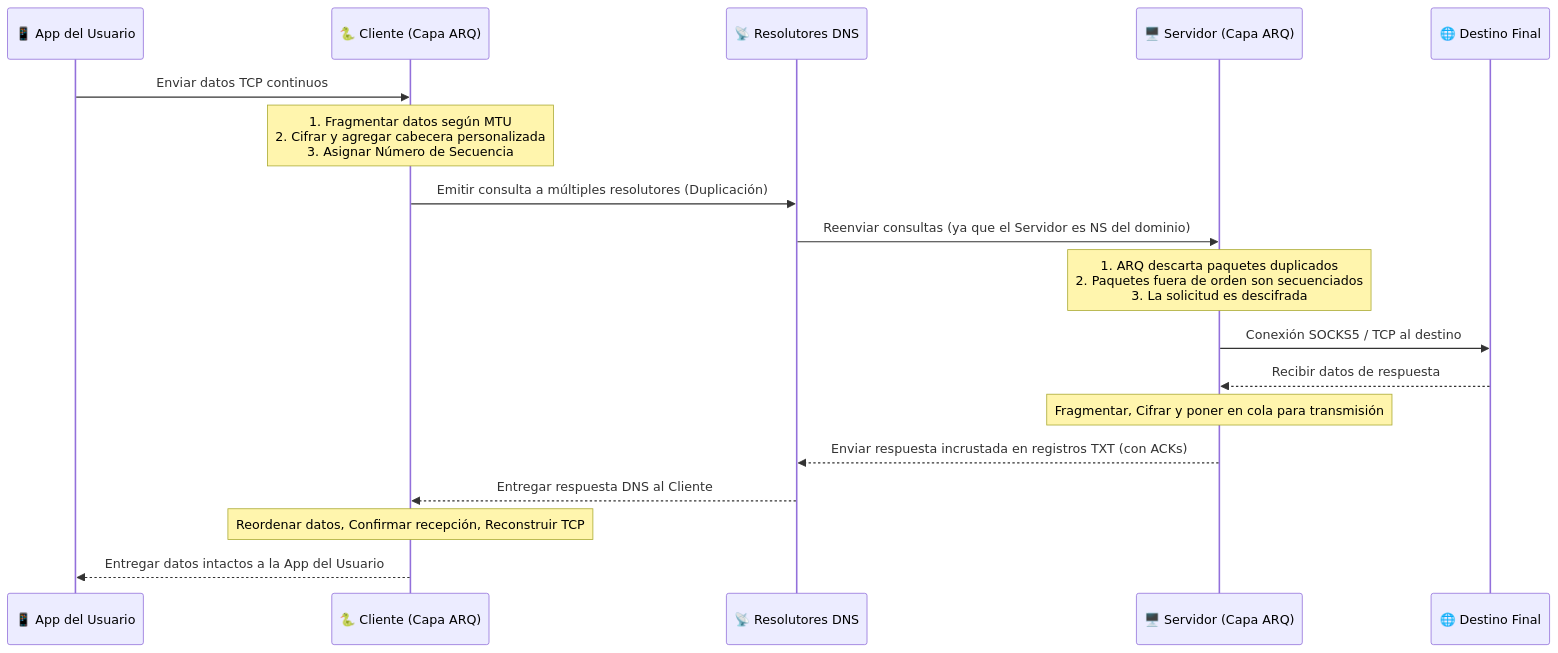
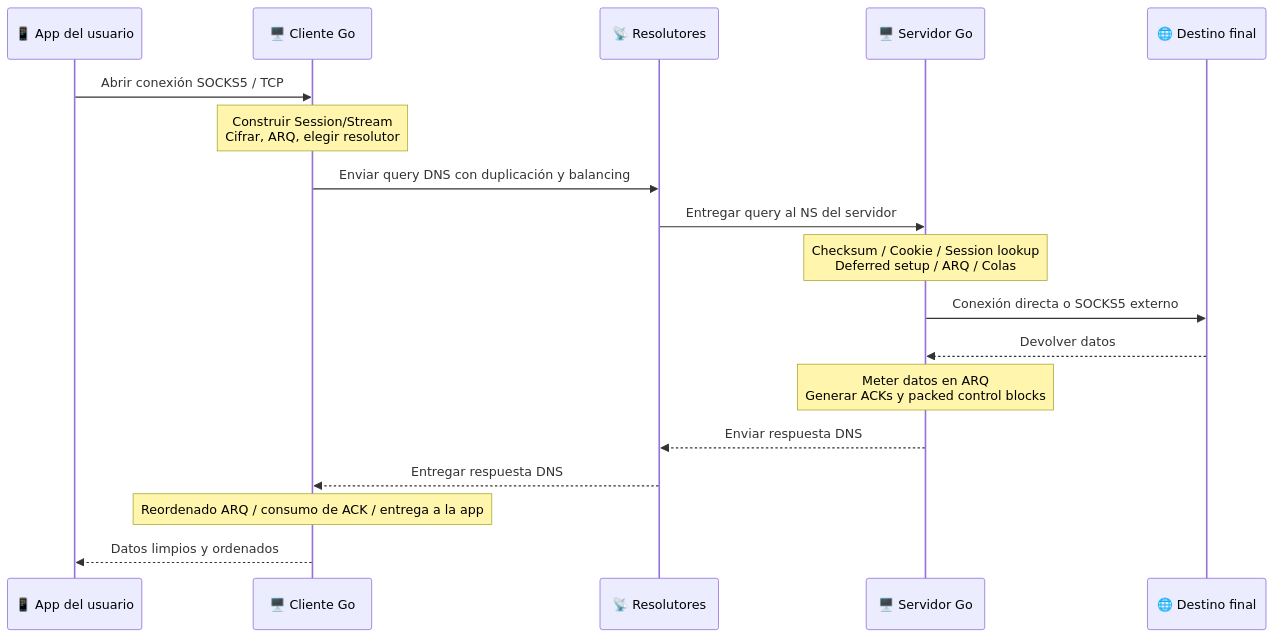
The second of 2 diagrams in README_ES.MD (masterking32/MasterDnsVPN), drawn with Mermaid before and after one commit. The commit also changed other lines of this file and 1 other file, not shown here.

````diff
--- a/README_ES.MD
+++ b/README_ES.MD
@@ -474,21 +684,21 @@
 ```mermaid
 sequenceDiagram
-    participant App as 📱 App del Usuario
-    participant Client as 🐍 Cliente (Capa ARQ)
-    participant DNS as 📡 Resolutores DNS
-    participant Server as 🖥️ Servidor (Capa ARQ)
-    participant Target as 🌐 Destino Final
+    participant App as 📱 App del usuario
+    participant Client as 🖥️ Cliente Go
+    participant DNS as 📡 Resolutores
+    participant Server as 🖥️ Servidor Go
+    participant Target as 🌐 Destino final
 
-    App->>Client: Enviar datos TCP continuos
-    Note over Client: 1. Fragmentar datos según MTU<br>2. Cifrar y agregar cabecera personalizada<br>3. Asignar Número de Secuencia
-    Client->>DNS: Emitir consulta a múltiples resolutores (Duplicación)
-    DNS->>Server: Reenviar consultas (ya que el Servidor es NS del dominio)
-    Note over Server: 1. ARQ descarta paquetes duplicados<br>2. Paquetes fuera de orden son secuenciados<br>3. La solicitud es descifrada
-    Server->>Target: Conexión SOCKS5 / TCP al destino
-    Target-->>Server: Recibir datos de respuesta
-    Note over Server: Fragmentar, Cifrar y poner en cola para transmisión
-    Server-->>DNS: Enviar respuesta incrustada en registros TXT (con ACKs)
-    DNS-->>Client: Entregar respuesta DNS al Cliente
-    Note over Client: Reordenar datos, Confirmar recepción, Reconstruir TCP
-    Client-->>App: Entregar datos intactos a la App del Usuario
+    App->>Client: Abrir conexión SOCKS5 / TCP
+    Note over Client: Construir Session/Stream<br/>Cifrar, ARQ, elegir resolutor
+    Client->>DNS: Enviar query DNS con duplicación y balancing
+    DNS->>Server: Entregar query al NS del servidor
+    Note over Server: Checksum / Cookie / Session lookup<br/>Deferred setup / ARQ / Colas
+    Server->>Target: Conexión directa o SOCKS5 externo
+    Target-->>Server: Devolver datos
+    Note over Server: Meter datos en ARQ<br/>Generar ACKs y packed control blocks
+    Server-->>DNS: Enviar respuesta DNS
+    DNS-->>Client: Entregar respuesta DNS
+    Note over Client: Reordenado ARQ / consumo de ACK / entrega a la app
+    Client-->>App: Datos limpios y ordenados
 ```
````
